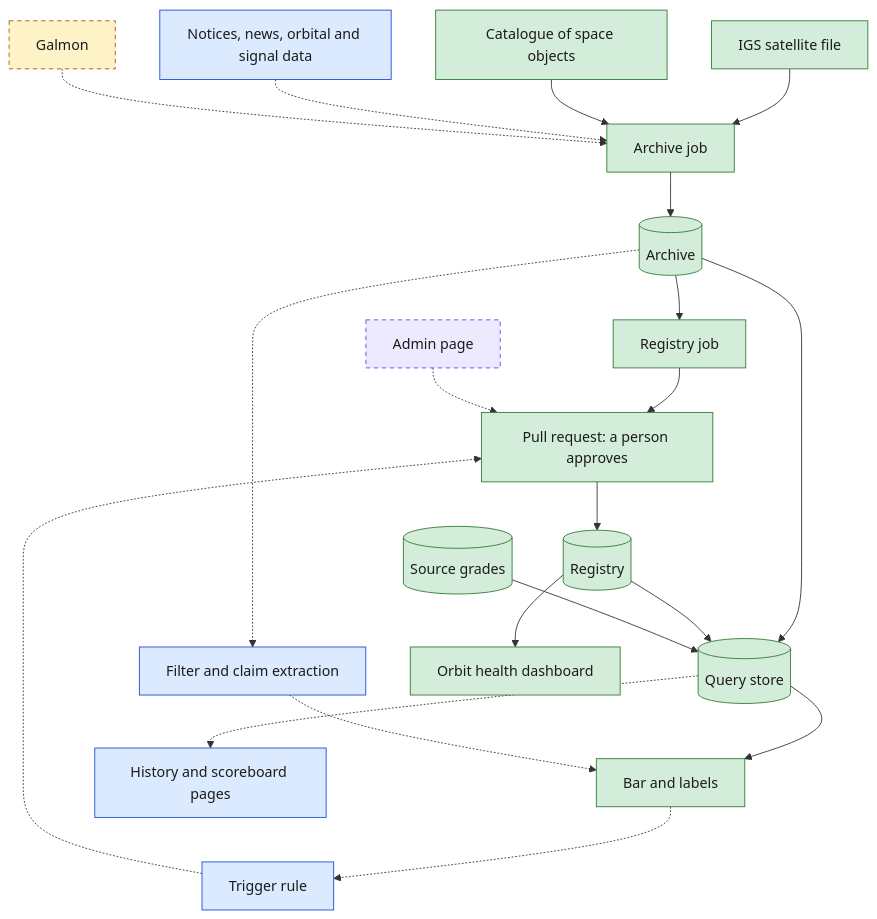
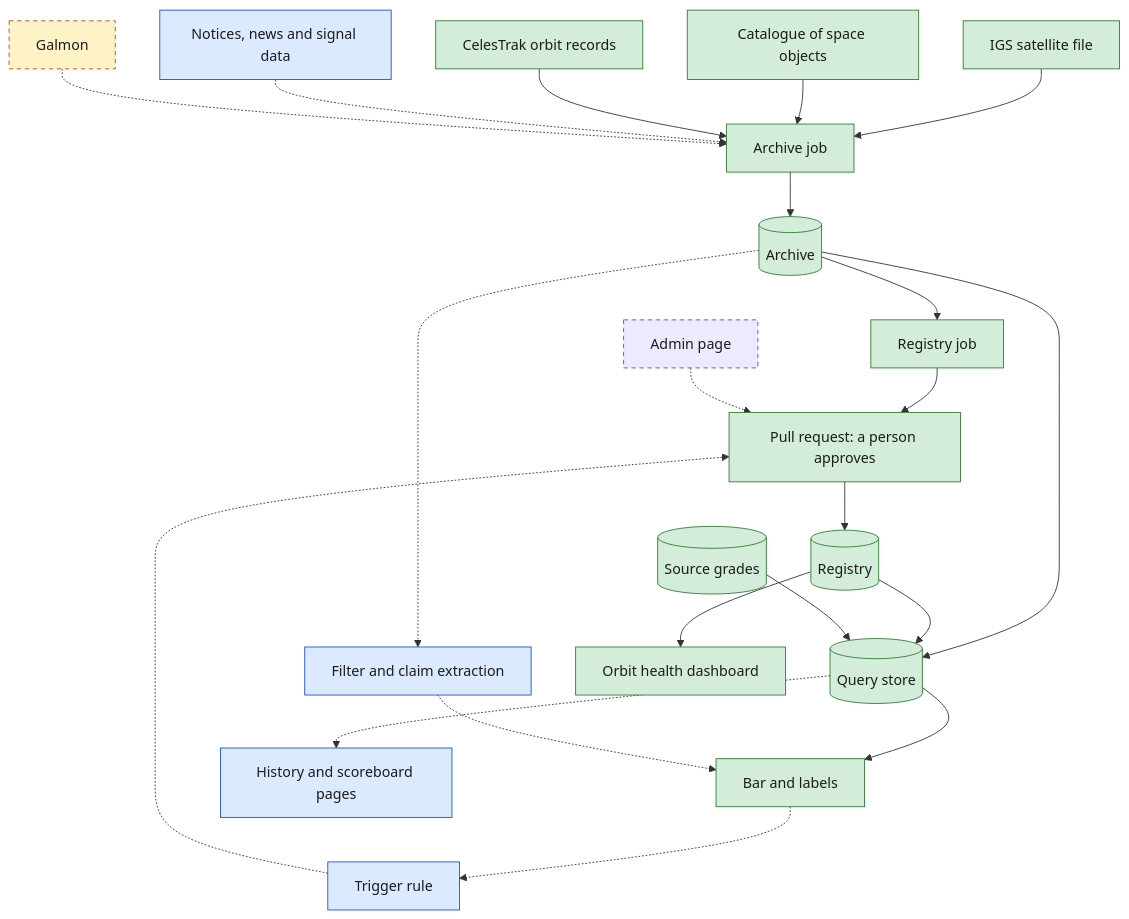
One commit to SumanthVarma798/GNSS-Constellation-Health-Monitoring-System changed the first of 5 diagrams in docs/system-design.md. Above: the diagram before and after it, drawn with Mermaid. The commit also changed other lines of this file and 5 other files, not shown here.

First line of the commit message:
Archive CelesTrak's GNSS orbit records once a day (#31)

````diff
--- a/docs/system-design.md
+++ b/docs/system-design.md
@@ -22,27 +22,28 @@
 ```mermaid
 flowchart TB
   igs["IGS satellite file"]:::built --> fetch["Archive job"]:::built
   gcat["Catalogue of space objects"]:::built --> fetch
-  more["Notices, news, orbital and signal data"]:::planned -.-> fetch
+  orbits["CelesTrak orbit records"]:::built --> fetch
+  more["Notices, news and signal data"]:::planned -.-> fetch
   galmon["Galmon"]:::hold -.-> fetch
   fetch --> archive[("Archive")]:::built
   archive --> regjob["Registry job"]:::built
   regjob --> pr["Pull request: a person approves"]:::built
   pr --> registry[("Registry")]:::built
   archive --> store[("Query store")]:::built
   registry --> store
   grades[("Source grades")]:::built --> store
   store --> bar["Bar and labels"]:::built
   archive -.-> extract["Filter and claim extraction"]:::planned
   extract -.-> bar
   bar -.-> trigger["Trigger rule"]:::planned
   trigger -.-> pr
   store -.-> pages["History and scoreboard pages"]:::planned
   registry --> orbit["Orbit health dashboard"]:::built
   admin["Admin page"]:::later -.-> pr
 
   classDef built fill:#d4edda,stroke:#2e7d32,color:#1b1b1b
   classDef planned fill:#dbeafe,stroke:#1d4ed8,color:#1b1b1b
   classDef later fill:#ede9fe,stroke:#7c3aed,color:#1b1b1b,stroke-dasharray:5 4
   classDef hold fill:#fef3c7,stroke:#b45309,color:#1b1b1b,stroke-dasharray:5 4
 ```
````
